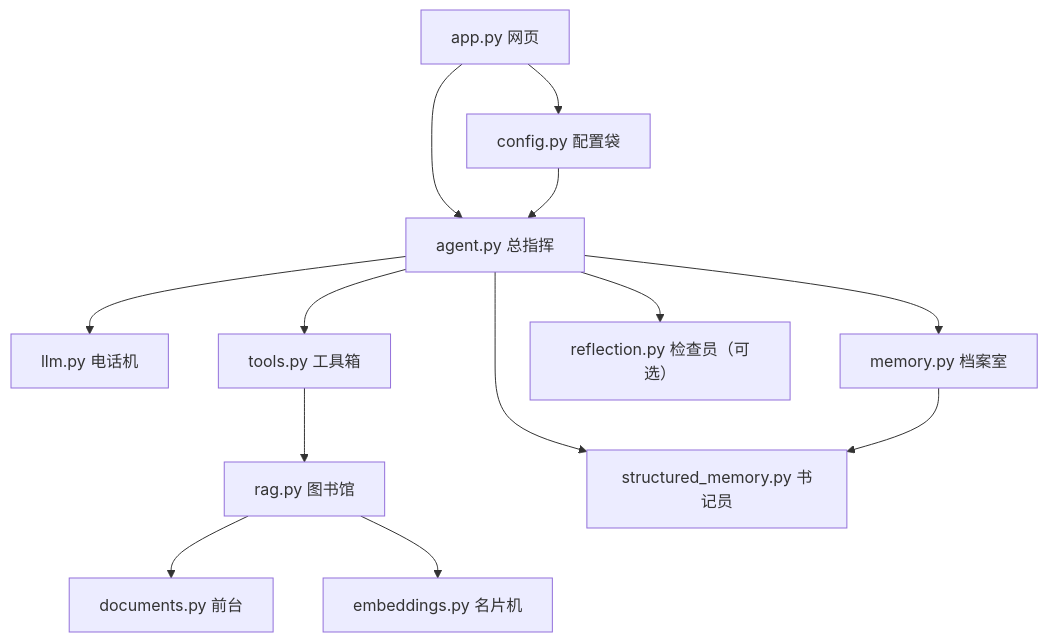
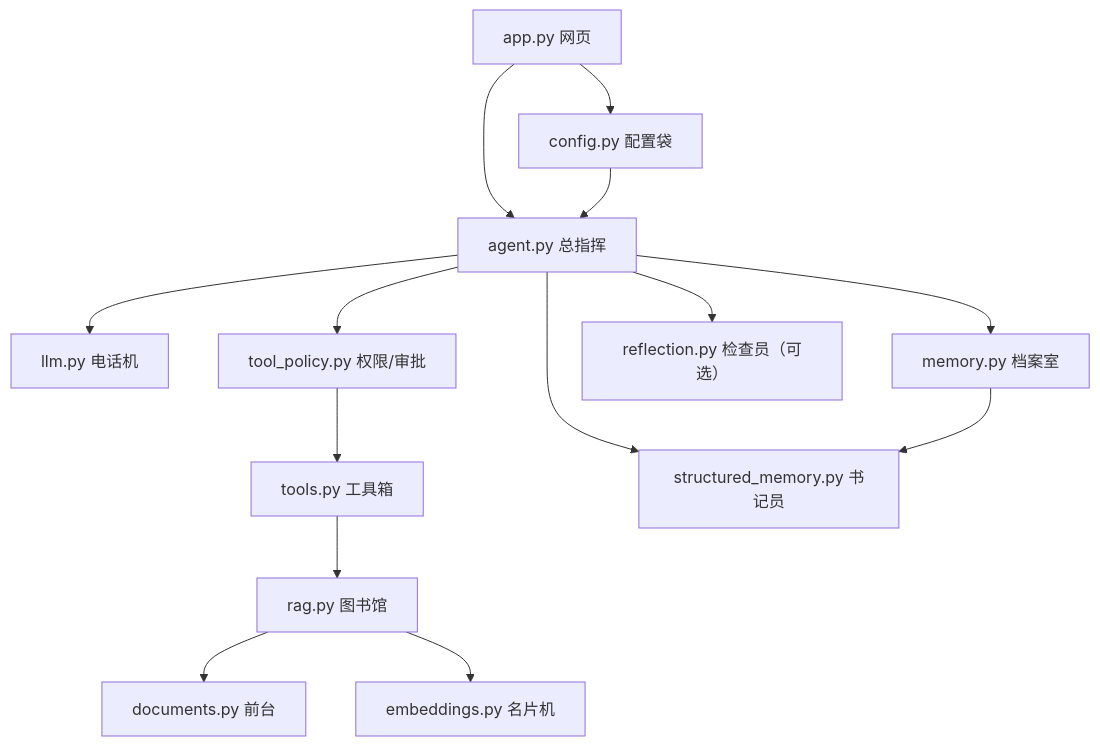
The diagram in docs/code-guide/README.md (liushuangxi98/ai-agent-demo-study), drawn with Mermaid before and after one commit. The commit also changed other lines of this file and 25 other files, not shown here.

````diff
--- a/docs/code-guide/README.md
+++ b/docs/code-guide/README.md
@@ -121,15 +123,16 @@
 ```mermaid
 flowchart TD
     WEB["app.py 网页"] --> CFG["config.py 配置袋"]
     WEB --> AGENT["agent.py 总指挥"]
     CFG --> AGENT
     AGENT --> LLM["llm.py 电话机"]
-    AGENT --> TOOL["tools.py 工具箱"]
+    AGENT --> POLICY["tool_policy.py 权限/审批"]
+    POLICY --> TOOL["tools.py 工具箱"]
     TOOL --> RAG["rag.py 图书馆"]
     RAG --> DOC["documents.py 前台"]
     RAG --> EMB["embeddings.py 名片机"]
     AGENT --> MEM["memory.py 档案室"]
     AGENT --> STRUCT["structured_memory.py 书记员"]
     AGENT --> REFLECT["reflection.py 检查员（可选）"]
     MEM --> STRUCT
 ```
````
